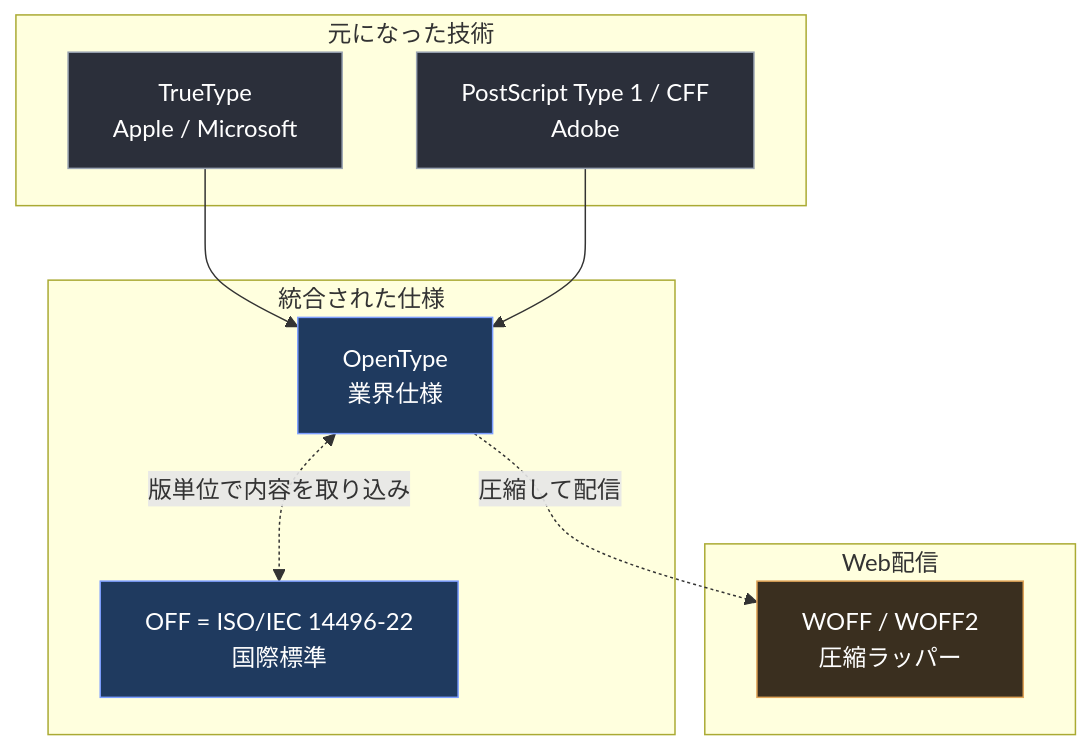
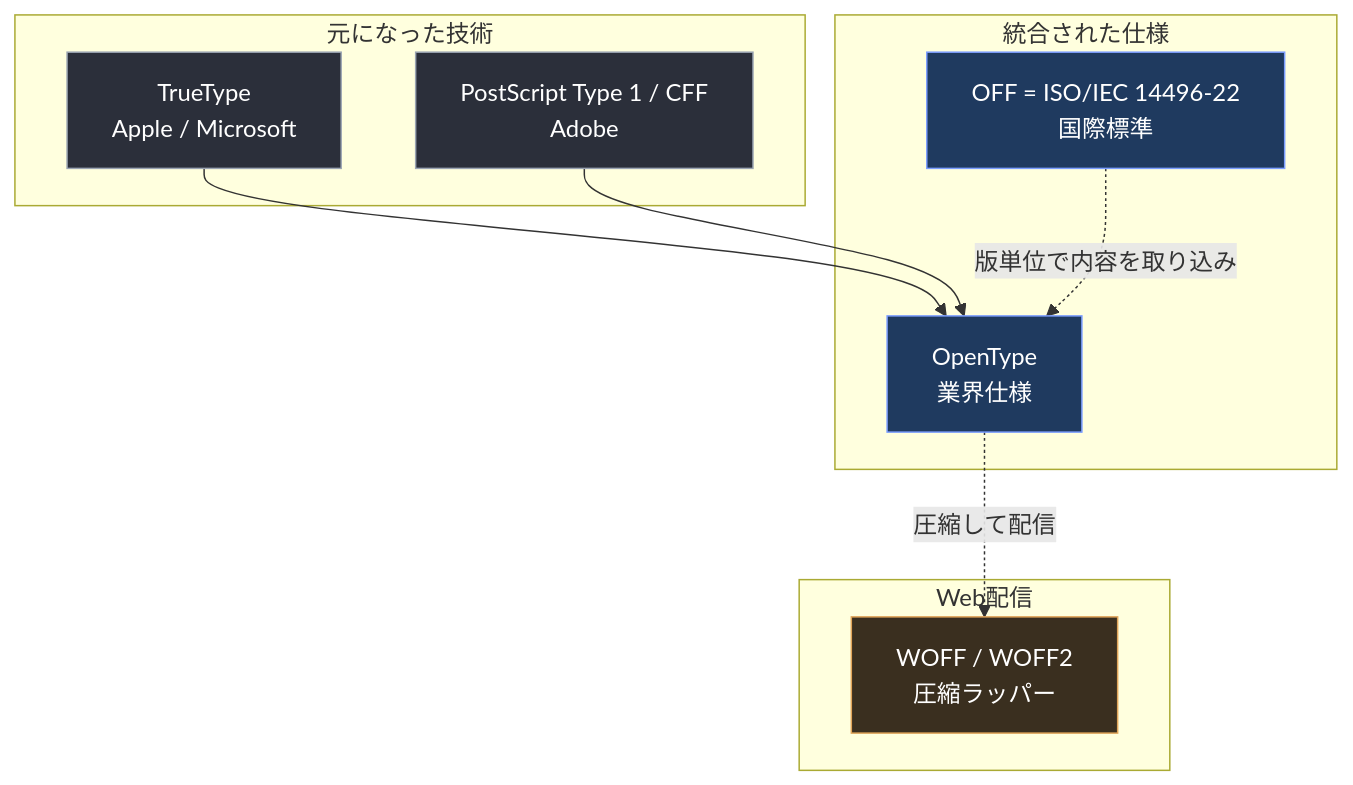
The second of 10 diagrams in Iso-14496-22-guide.md (myoshi2891/Quality-Assurance-Studies), drawn with Mermaid before and after one commit. The commit also changed other lines of this file, not shown here.

Commit message:
docs(iso-14496-22): OFFからOTへの取り込み方向と16ビットGID最大値表記を是正

````diff
--- a/Iso-14496-22-guide.md
+++ b/Iso-14496-22-guide.md
@@ -95,26 +95,26 @@
 ```mermaid
 flowchart TB
     subgraph SG_ORIGIN["元になった技術"]
         TT["TrueType<br/>Apple / Microsoft"]
         PS["PostScript Type 1 / CFF<br/>Adobe"]
     end
     subgraph SG_SPEC["統合された仕様"]
         OT["OpenType<br/>業界仕様"]
         OFF["OFF = ISO/IEC 14496-22<br/>国際標準"]
     end
     subgraph SG_WEB["Web配信"]
         WOFF["WOFF / WOFF2<br/>圧縮ラッパー"]
     end
 
     TT --> OT
     PS --> OT
-    OT <-.->|"版単位で内容を取り込み"| OFF
+    OFF -.->|"版単位で内容を取り込み"| OT
     OT -.->|"圧縮して配信"| WOFF
 
     classDef origin fill:#2b2f3a,stroke:#9aa4b2,color:#ffffff
     classDef spec fill:#1f3a5f,stroke:#7c9eff,color:#ffffff
     classDef web fill:#3a2f1f,stroke:#e0a458,color:#ffffff
     class TT,PS origin
     class OT,OFF spec
     class WOFF web
 ```
````
